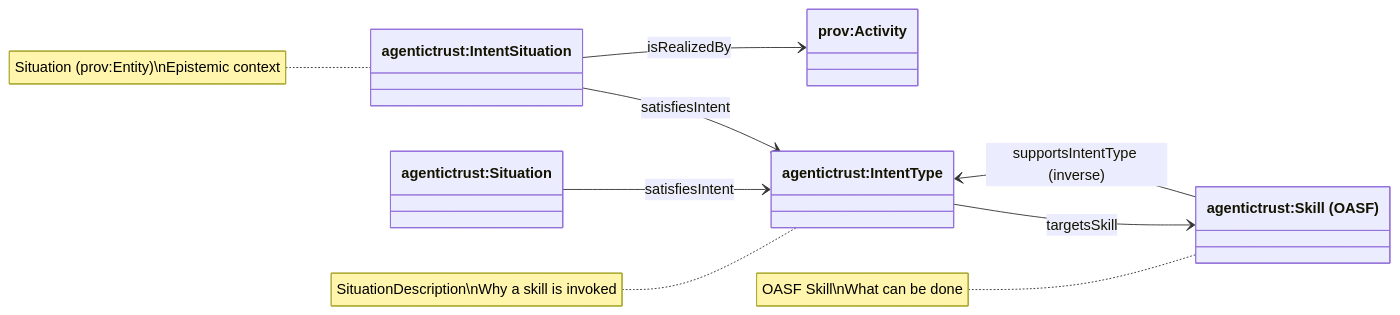
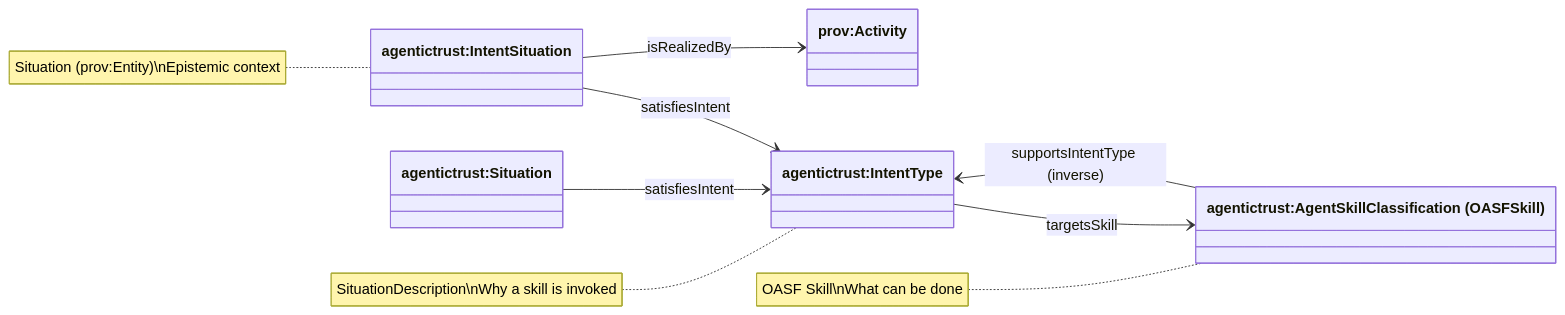
One commit to Agentic-Trust-Layer/agent-explorer changed the diagram in docs/ontology/intent.md. Above: the diagram before and after it, drawn with Mermaid. The commit also changed other lines of this file and 27 other files, not shown here.

````diff
--- a/docs/ontology/intent.md
+++ b/docs/ontology/intent.md
@@ -133,20 +133,20 @@
 ```mermaid
 classDiagram
 direction LR
 
 class IntentType["agentictrust:IntentType"]
-class Skill["agentictrust:Skill (OASF)"]
+class Skill["agentictrust:AgentSkillClassification (OASFSkill)"]
 class IntentSituation["agentictrust:IntentSituation"]
 class Activity["prov:Activity"]
 class Situation["agentictrust:Situation"]
 
 IntentType --> Skill : targetsSkill
 Skill --> IntentType : supportsIntentType (inverse)
 IntentSituation --> IntentType : satisfiesIntent
 IntentSituation --> Activity : isRealizedBy
 Situation --> IntentType : satisfiesIntent
 
 note for IntentType "SituationDescription\nWhy a skill is invoked"
 note for IntentSituation "Situation (prov:Entity)\nEpistemic context"
 note for Skill "OASF Skill\nWhat can be done"
 ```
````
